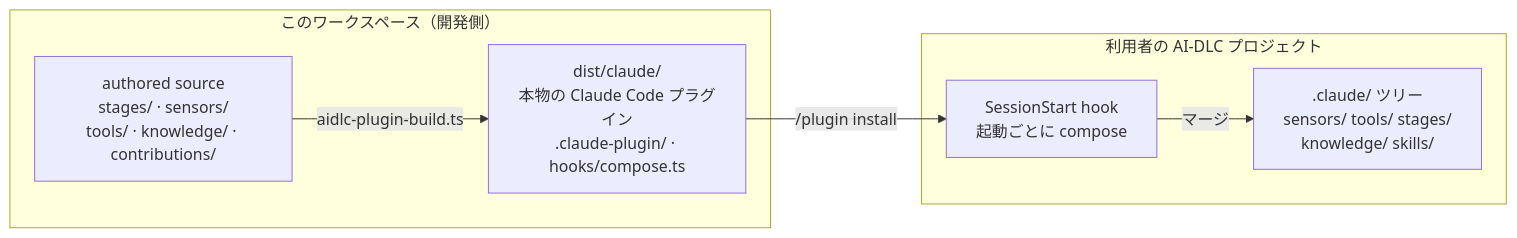
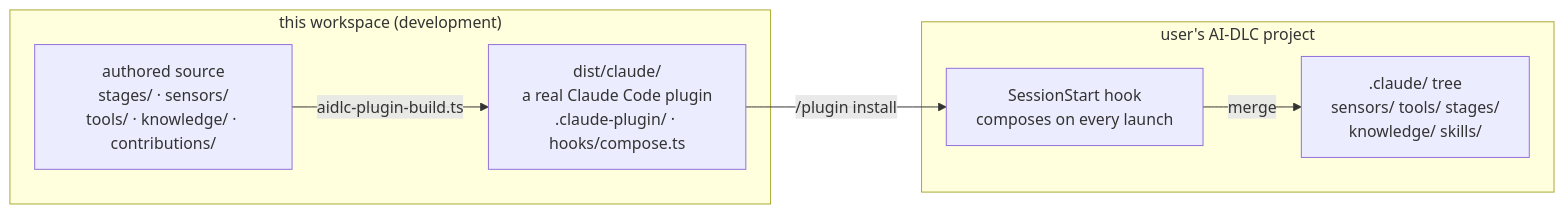
One commit to amadeus-dlc/aidlc-deep-spec-analysis-plugin changed the second of 2 diagrams in docs/architecture.md. Above: the diagram before and after it, drawn with Mermaid. The commit also changed other lines of this file and 11 other files, not shown here.

````diff
--- a/docs/architecture.md
+++ b/docs/architecture.md
@@ -75,14 +77,14 @@
 ```mermaid
 flowchart LR
-    subgraph DEV["このワークスペース（開発側）"]
+    subgraph DEV["this workspace (development)"]
         SRC["authored source<br/>stages/ · sensors/<br/>tools/ · knowledge/ · contributions/"]
-        DIST["dist/claude/<br/>本物の Claude Code プラグイン<br/>.claude-plugin/ · hooks/compose.ts"]
+        DIST["dist/claude/<br/>a real Claude Code plugin<br/>.claude-plugin/ · hooks/compose.ts"]
         SRC -->|aidlc-plugin-build.ts| DIST
     end
-    subgraph PROJ["利用者の AI-DLC プロジェクト"]
-        HOOK["SessionStart hook<br/>起動ごとに compose"]
-        TREE[".claude/ ツリー<br/>sensors/ tools/ stages/<br/>knowledge/ skills/"]
-        HOOK -->|マージ| TREE
+    subgraph PROJ["user's AI-DLC project"]
+        HOOK["SessionStart hook<br/>composes on every launch"]
+        TREE[".claude/ tree<br/>sensors/ tools/ stages/<br/>knowledge/ skills/"]
+        HOOK -->|merge| TREE
     end
     DIST -->|/plugin install| HOOK
 ```
````
